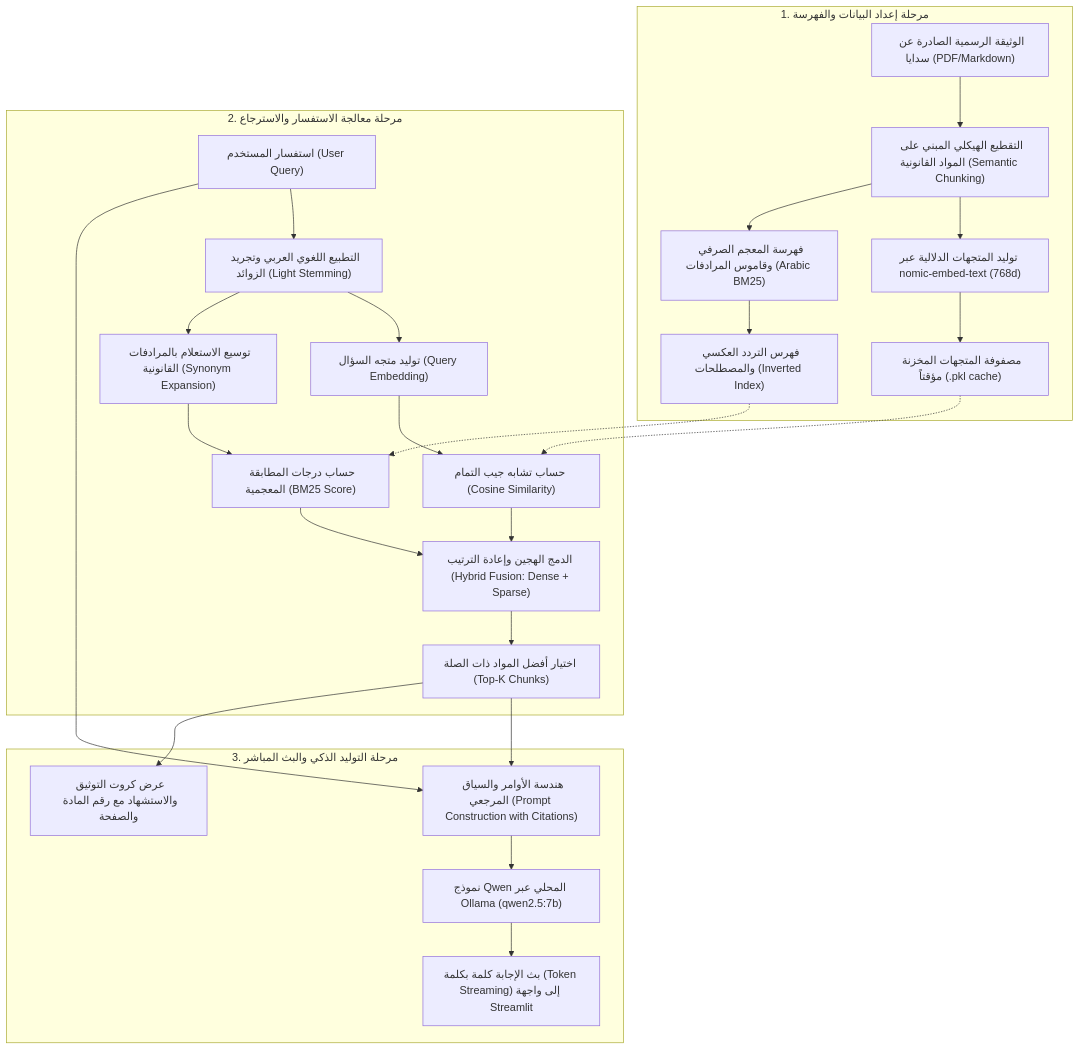
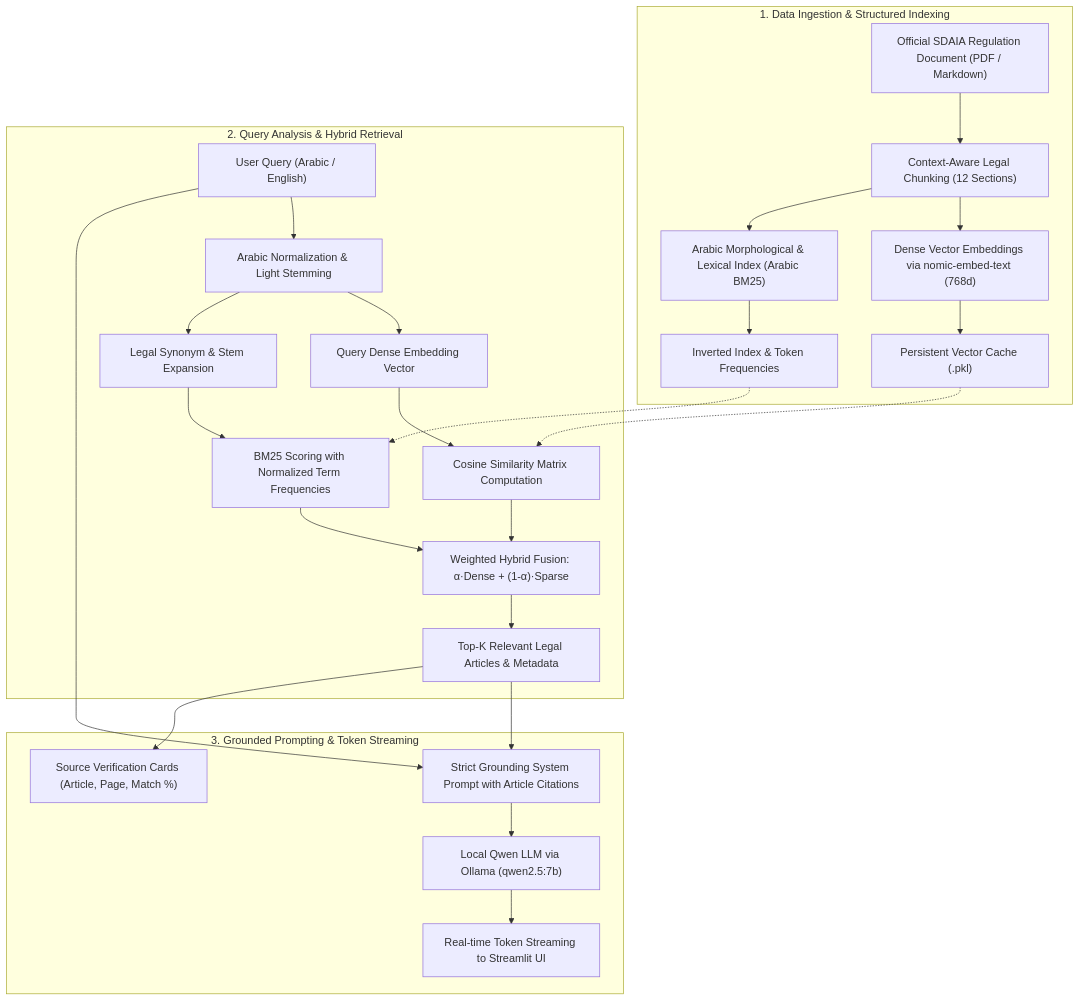
One commit to vabdull/SDAIA-DPO-Rules-RAG changed the diagram in docs/TECHNICAL_DOCUMENTATION.md. Above: the diagram before and after it, drawn with Mermaid. The commit also changed other lines of this file and 1 other file, not shown here.

Commit message:
docs: translate README and technical documentation to English

````diff
--- a/docs/TECHNICAL_DOCUMENTATION.md
+++ b/docs/TECHNICAL_DOCUMENTATION.md
@@ -7,30 +7,30 @@
 ```mermaid
 flowchart TD
-    subgraph Data_Preparation ["1. مرحلة إعداد البيانات والفهرسة"]
-        A["الوثيقة الرسمية الصادرة عن سدايا (PDF/Markdown)"] --> B["التقطيع الهيكلي المبني على المواد القانونية (Semantic Chunking)"]
-        B --> C1["توليد المتجهات الدلالية عبر nomic-embed-text (768d)"]
-        B --> C2["فهرسة المعجم الصرفي وقاموس المرادفات (Arabic BM25)"]
-        C1 --> D1["مصفوفة المتجهات المخزنة مؤقتاً (.pkl cache)"]
-        C2 --> D2["فهرس التردد العكسي والمصطلحات (Inverted Index)"]
+    subgraph Data_Preparation ["1. Data Ingestion & Structured Indexing"]
+        A["Official SDAIA Regulation Document (PDF / Markdown)"] --> B["Context-Aware Legal Chunking (12 Sections)"]
+        B --> C1["Dense Vector Embeddings via nomic-embed-text (768d)"]
+        B --> C2["Arabic Morphological & Lexical Index (Arabic BM25)"]
+        C1 --> D1["Persistent Vector Cache (.pkl)"]
+        C2 --> D2["Inverted Index & Token Frequencies"]
     end
 
-    subgraph Query_Processing ["2. مرحلة معالجة الاستفسار والاسترجاع"]
-        Q["استفسار المستخدم (User Query)"] --> E["التطبيع اللغوي العربي وتجريد الزوائد (Light Stemming)"]
-        E --> F1["توليد متجه السؤال (Query Embedding)"]
-        E --> F2["توسيع الاستعلام بالمرادفات القانونية (Synonym Expansion)"]
-        F1 --> G1["حساب تشابه جيب التمام (Cosine Similarity)"]
+    subgraph Query_Processing ["2. Query Analysis & Hybrid Retrieval"]
+        Q["User Query (Arabic / English)"] --> E["Arabic Normalization & Light Stemming"]
+        E --> F1["Query Dense Embedding Vector"]
+        E --> F2["Legal Synonym & Stem Expansion"]
+        F1 --> G1["Cosine Similarity Matrix Computation"]
         D1 -.-> G1
-        F2 --> G2["حساب درجات المطابقة المعجمية (BM25 Score)"]
+        F2 --> G2["BM25 Scoring with Normalized Term Frequencies"]
         D2 -.-> G2
-        G1 & G2 --> H["الدمج الهجين وإعادة الترتيب (Hybrid Fusion: Dense + Sparse)"]
-        H --> I["اختيار أفضل المواد ذات الصلة (Top-K Chunks)"]
+        G1 & G2 --> H["Weighted Hybrid Fusion: α·Dense + (1-α)·Sparse"]
+        H --> I["Top-K Relevant Legal Articles & Metadata"]
     end
 
-    subgraph Generation ["3. مرحلة التوليد الذكي والبث المباشر"]
-        I --> J["هندسة الأوامر والسياق المرجعي (Prompt Construction with Citations)"]
+    subgraph Generation ["3. Grounded Prompting & Token Streaming"]
+        I --> J["Strict Grounding System Prompt with Article Citations"]
         Q --> J
-        J --> K["نموذج Qwen المحلي عبر Ollama (qwen2.5:7b)"]
-        K --> L["بث الإجابة كلمة بكلمة (Token Streaming) إلى واجهة Streamlit"]
-        I --> M["عرض كروت التوثيق والاستشهاد مع رقم المادة والصفحة"]
+        J --> K["Local Qwen LLM via Ollama (qwen2.5:7b)"]
+        K --> L["Real-time Token Streaming to Streamlit UI"]
+        I --> M["Source Verification Cards (Article, Page, Match %)"]
     end
 ```
````
